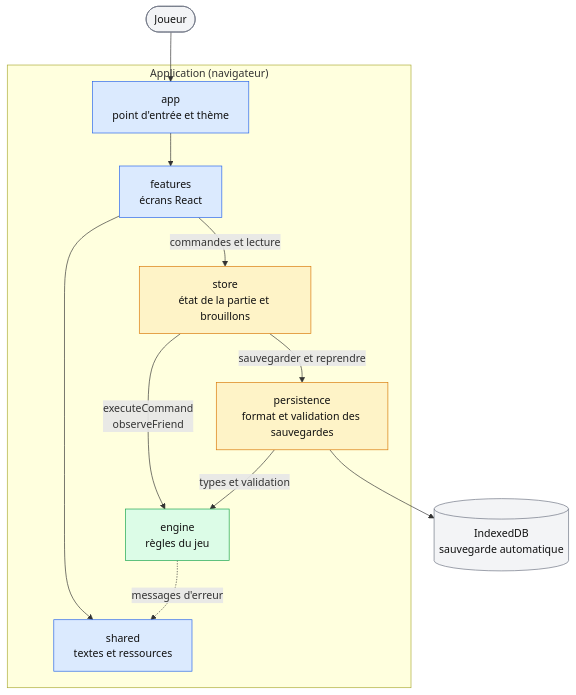
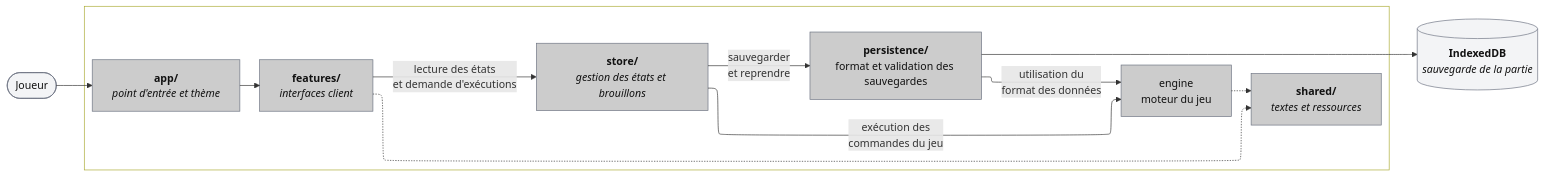
Before and after one commit to peangoulvant/Tacticoop: the diagram in docs/diagrams/01-architecture.md, drawn with Mermaid. The commit also changed other lines of this file, not shown here.

Commit message:
doc: correction architecture.md

````diff
--- a/docs/diagrams/01-architecture.md
+++ b/docs/diagrams/01-architecture.md
@@ -5,29 +5,42 @@
 ```mermaid
-flowchart TB
-    joueur(["Joueur"]):::ext
-    idb[("IndexedDB<br/>sauvegarde automatique")]:::ext
+---
+config:
+  layout: elk
+---
+flowchart LR
+    joueur(["Joueur"])
 
-    subgraph navigateur["Application (navigateur)"]
-        app["app<br/>point d'entrée et thème"]:::ui
-        features["features<br/>écrans React"]:::ui
-        shared["shared<br/>textes et ressources"]:::ui
-        store["store<br/>état de la partie et brouillons"]:::state
-        persistence["persistence<br/>format et validation des sauvegardes"]:::state
-        engine["engine<br/>règles du jeu"]:::core
+    subgraph navigateur["`**Application (navigateur)**`"]
+        app@{ label: "**app/**<br>*point d'entrée et thème*", shape: rect }
+        features["`**features/**<br>*interfaces client*`"]
+        store["`**store/**<br>*gestion des états et brouillons*`"]
+        persistence["`**persistence/**<br>format et validation des sauvegardes`"]
+        engine["engine<br>moteur du jeu"]
+        shared["`**shared/**<br>*textes et ressources*`"]
     end
+
+    idb[("`**IndexedDB**<br>*sauvegarde de la partie*`")]
 
     joueur --> app
     app --> features
-    features -->|"commandes et lecture"| store
-    features --> shared
-    store -->|"executeCommand<br/>observeFriend"| engine
-    store -->|"sauvegarder et reprendre"| persistence
-    persistence -->|"types et validation"| engine
+    features -- lecture des états<br>et demande d'exécutions --> store
+    features .-> shared
+    store -- exécution des<br>commandes du jeu --> engine
+    store -- sauvegarder<br>et reprendre --> persistence
+    persistence -- utilisation du<br>format des données --> engine
     persistence --> idb
-    engine -.->|"messages d'erreur"| shared
+    engine .-> shared
 
-    classDef ui fill:#dbeafe,stroke:#2563eb,color:#111
-    classDef state fill:#fef3c7,stroke:#d97706,color:#111
-    classDef core fill:#dcfce7,stroke:#16a34a,color:#111
+    app:::ui
+    features:::ui
+    shared:::ui
+    store:::ui
+    persistence:::ui
+    engine:::ui
+    joueur:::ext
+    idb:::ext
+
+    classDef ui fill:#cccccc,stroke:#6b7280,color:#111
     classDef ext fill:#f3f4f6,stroke:#6b7280,color:#111
+    style navigateur stroke:#fffff,fill:transparent,color:#ffffff
 ```
````
